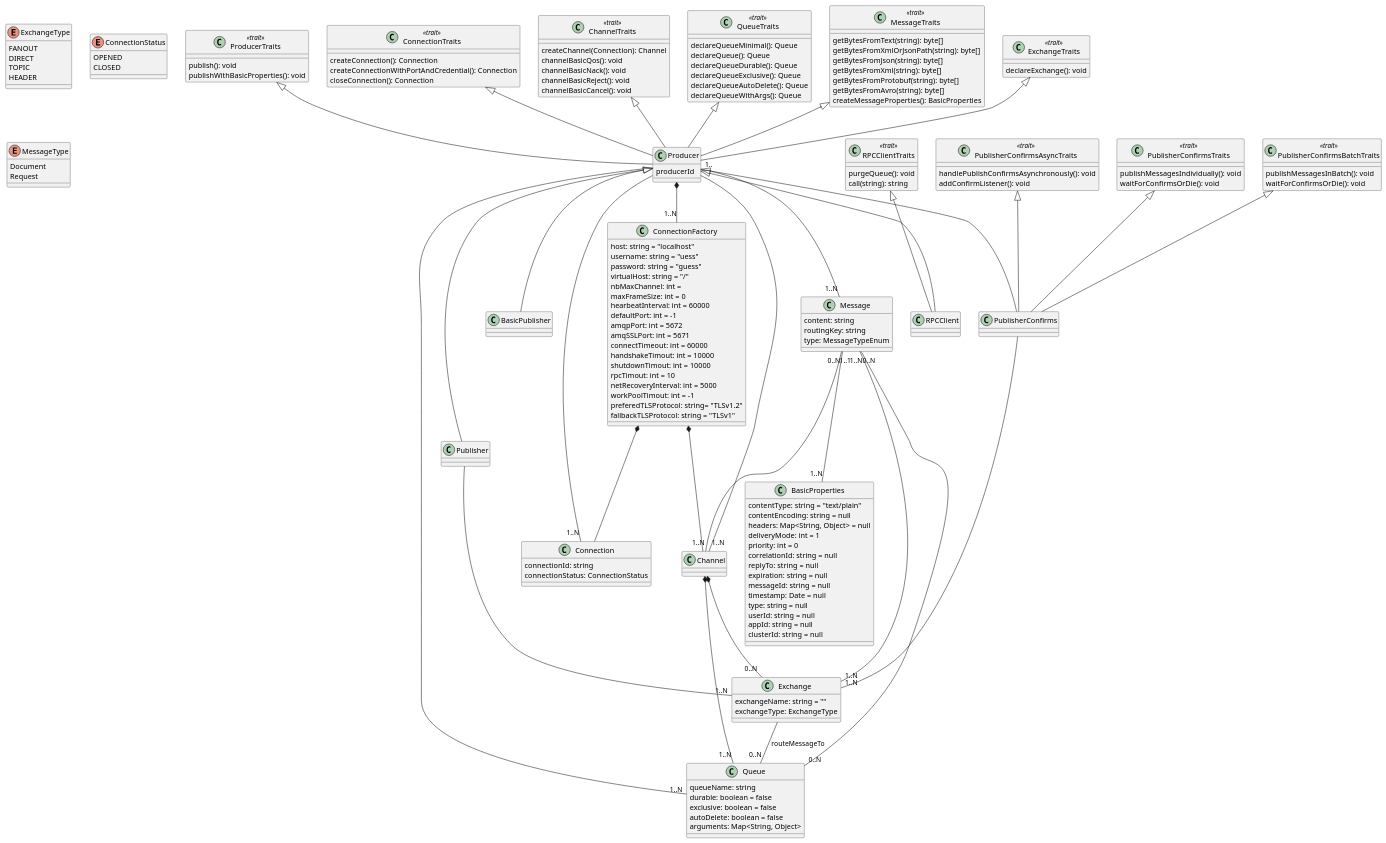
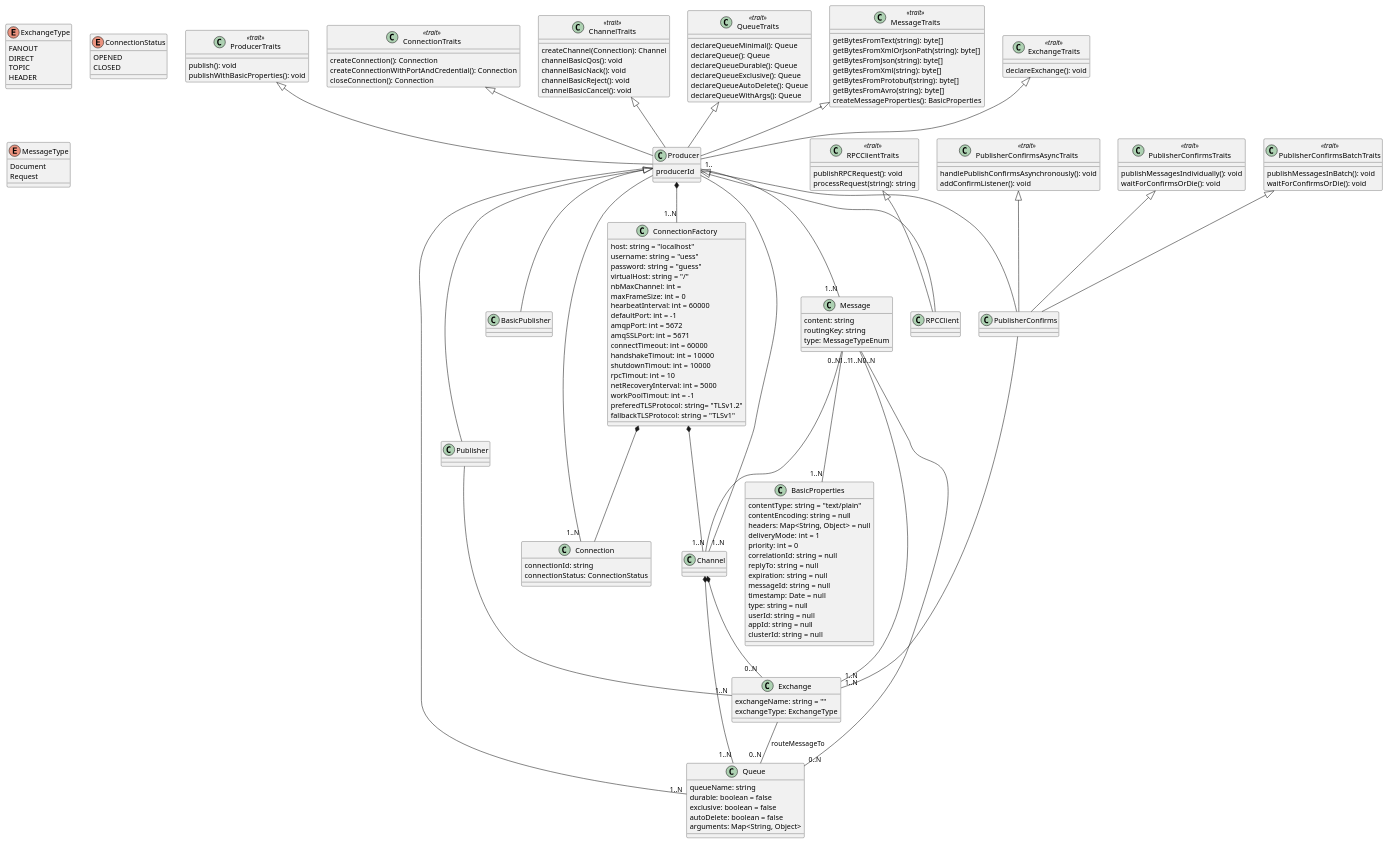
Before and after one commit to boubouthiamniang/rabbitmq-metamodel: the diagram in producer-metamodel/producer-metamodel.puml, drawn with PlantUML. The commit also changed 1 other file, not shown here.

```diff
--- a/producer-metamodel/producer-metamodel.puml
+++ b/producer-metamodel/producer-metamodel.puml
@@ -1,182 +1,182 @@
 @startuml
 Producer <|-- BasicPublisher
 Producer <|-- Publisher
 Producer <|-- PublisherConfirms
 Producer <|-- RPCClient
 Producer *-- "1..N" ConnectionFactory
 Producer "1.." -- "1..N" Message
 Producer -- "1..N" Connection
 Producer -- "1..N" Channel
 Producer -- "1..N" Queue
 Publisher -- "1..N" Exchange
 PublisherConfirms -- "1..N" Exchange
 ConnectionFactory *-- Connection
 ConnectionFactory *-- Channel
 Channel *-- "1..N" Queue
 Channel *-- "0..N" Exchange
 Exchange -- "0..N" Queue: routeMessageTo
 
 Message "0..N" -- "1..N" Channel
 Message "1..N" -- "0..N" Queue
 Message "0..N" -- "1..N" Exchange
 Message "1..1" -- "1..N" BasicProperties
 
 ProducerTraits <|-- Producer
 ConnectionTraits <|-- Producer
 ChannelTraits <|-- Producer
 QueueTraits <|-- Producer
 MessageTraits <|-- Producer
 ExchangeTraits <|-- Producer
 
 RPCClientTraits <|-- RPCClient
 PublisherConfirmsTraits <|-- PublisherConfirms
 PublisherConfirmsBatchTraits <|-- PublisherConfirms
 PublisherConfirmsAsyncTraits <|-- PublisherConfirms
 
 class Producer {
   producerId
 }
 
 class ConnectionFactory {
   host: string = "localhost"
   username: string = "uess"
   password: string = "guess"
   virtualHost: string = "/"
   nbMaxChannel: int = 
   maxFrameSize: int = 0
   hearbeatInterval: int = 60000
   defaultPort: int = -1
   amqpPort: int = 5672
   amqSSLPort: int = 5671
   connectTimeout: int = 60000
   handshakeTimout: int = 10000 
   shutdownTimout: int = 10000
   rpcTimout: int = 10
   netRecoveryInterval: int = 5000
   workPoolTimout: int = -1 
   preferedTLSProtocol: string= "TLSv1.2"
   fallbackTLSProtocol: string = "TLSv1"
 }
 
 class Connection {
   connectionId: string
   connectionStatus: ConnectionStatus
 }
 
 class Message {
   content: string
   routingKey: string
   type: MessageTypeEnum
 }
 
 class BasicProperties {
   contentType: string = "text/plain"
   contentEncoding: string = null
   headers: Map<String, Object> = null
   deliveryMode: int = 1
   priority: int = 0
   correlationId: string = null
   replyTo: string = null
   expiration: string = null
   messageId: string = null
   timestamp: Date = null
   type: string = null
   userId: string = null
   appId: string = null
   clusterId: string = null
 }
 
 class Queue {
   queueName: string
   durable: boolean = false
   exclusive: boolean = false
   autoDelete: boolean = false
   arguments: Map<String, Object>
 }
 
 class Exchange {
   exchangeName: string = ""
   exchangeType: ExchangeType
 }
 
 enum ExchangeType {
   FANOUT
   DIRECT
   TOPIC
   HEADER
 }
 
 enum ConnectionStatus {
   OPENED
   CLOSED
 }
 
 enum MessageType {
   Document
   Request
 }
 
 class ProducerTraits <<trait>> {
     publish(): void
     publishWithBasicProperties(): void
 }
 
 class PublisherConfirmsTraits <<trait>> {
     publishMessagesIndividually(): void
     waitForConfirmsOrDie(): void
 }
 
 class PublisherConfirmsAsyncTraits <<trait>> {
     handlePublishConfirmsAsynchronously(): void
     addConfirmListener(): void
 }
 
 class PublisherConfirmsBatchTraits <<trait>> {
     publishMessagesInBatch(): void
     waitForConfirmsOrDie(): void
 }
 
 class RPCClientTraits <<trait>> {
-    purgeQueue(): void
-    call(string): string
+    publishRPCRequest(): void
+    processRequest(string): string
 }
 
 class ConnectionTraits <<trait>> {
     createConnection(): Connection
     createConnectionWithPortAndCredential(): Connection
     closeConnection(): Connection
 }
 
 
 class ChannelTraits <<trait>> {
     createChannel(Connection): Channel
     channelBasicQos(): void
     channelBasicNack(): void
     channelBasicReject(): void
     channelBasicCancel(): void
 }
 
 class ExchangeTraits <<trait>> {
     declareExchange(): void
 }
 
 class QueueTraits <<trait>> {
     declareQueueMinimal(): Queue
     declareQueue(): Queue
     declareQueueDurable(): Queue
     declareQueueExclusive(): Queue
     declareQueueAutoDelete(): Queue
     declareQueueWithArgs(): Queue
 }
 
 class MessageTraits <<trait>> {
     getBytesFromText(string): byte[]
     getBytesFromXmlOrJsonPath(string): byte[]
     getBytesFromJson(string): byte[]
     getBytesFromXml(string): byte[]
     getBytesFromProtobuf(string): byte[]
     getBytesFromAvro(string): byte[]
     createMessageProperties(): BasicProperties
 }
 
 @enduml
```
